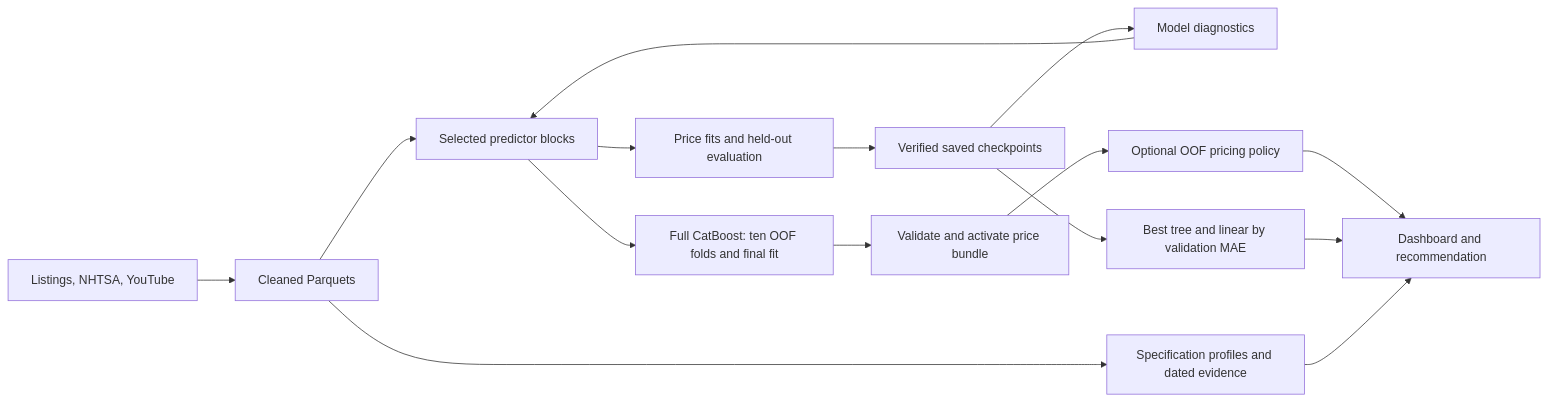
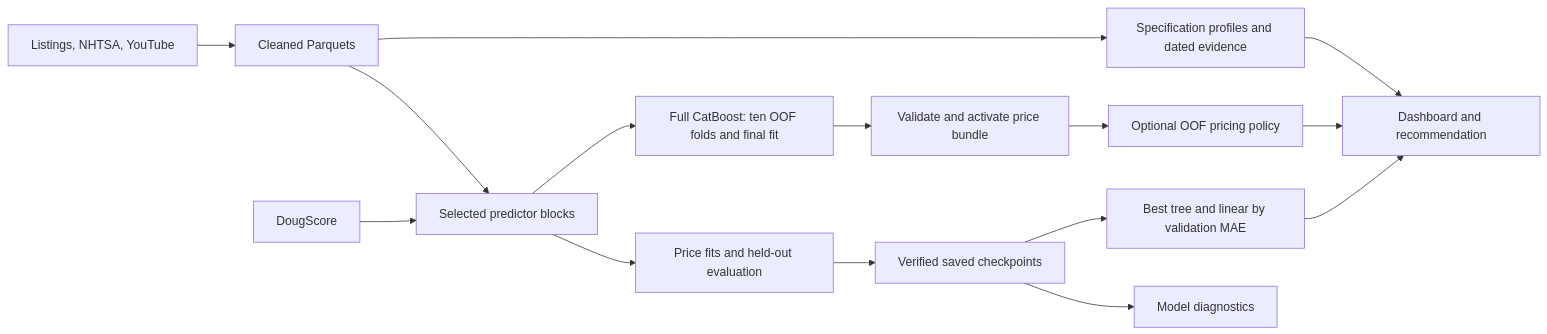
One commit to danielrdgez/DataScience_Capstone_Cars changed the first of 10 diagrams in README.md. Above: the diagram before and after it, drawn with Mermaid. The commit also changed other lines of this file and 26 other files, not shown here.

````diff
--- a/README.md
+++ b/README.md
@@ -28,17 +28,17 @@
 ```mermaid
 flowchart LR
   S["Listings, NHTSA, YouTube"] --> P["Cleaned Parquets"]
   P --> F["Selected predictor blocks"]
-  D["DougScore"] --> F
+  E["DougScore"] --> F
   F --> M["Price fits and held-out evaluation"]
   P --> V["Specification profiles and dated evidence"]
   M --> C["Verified saved checkpoints"]
-  C --> D["Model diagnostics"]
+  C --> G["Model diagnostics"]
   F --> O["Full CatBoost: ten OOF folds and final fit"]
   O --> B["Validate and activate price bundle"]
   B --> Q["Optional OOF pricing policy"]
   Q --> A
   C --> T["Best tree and linear by validation MAE"]
   T --> A["Dashboard and recommendation"]
   V --> A
 ```
````
